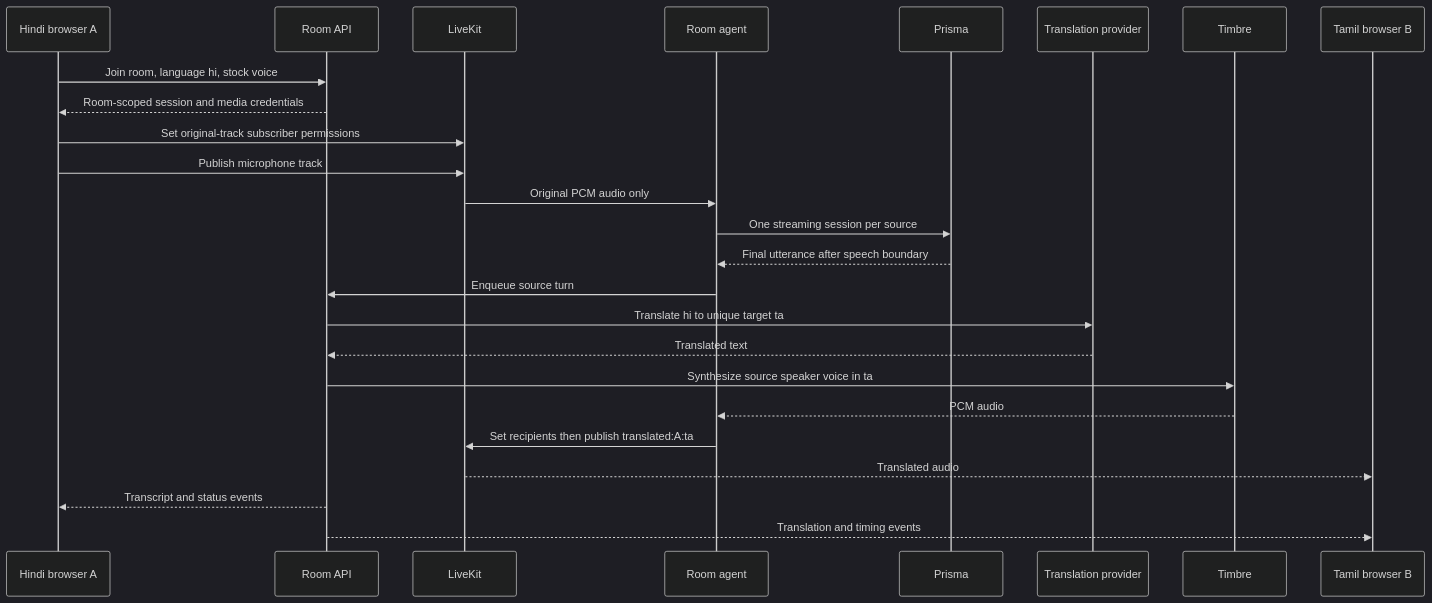
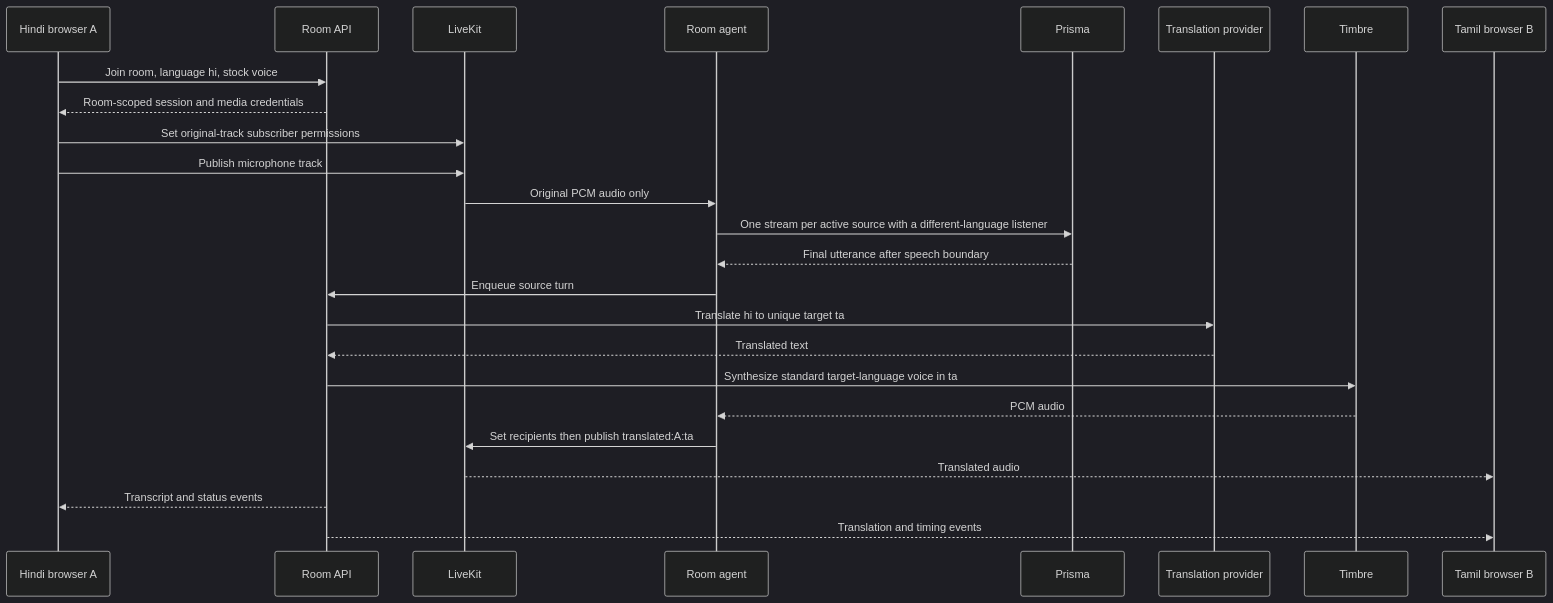
Before and after one commit to Jatin2567/Charcha: the second of 3 diagrams in docs/ARCHITECTURE.md, drawn with Mermaid (dark theme). The commit also changed other lines of this file and 336 other files, not shown here.

````diff
--- a/docs/ARCHITECTURE.md
+++ b/docs/ARCHITECTURE.md
@@ -86,27 +94,27 @@
 ```mermaid
 sequenceDiagram
   participant A as Hindi browser A
   participant API as Room API
   participant LK as LiveKit
   participant Agent as Room agent
   participant STT as Prisma
   participant MT as Translation provider
   participant TTS as Timbre
   participant B as Tamil browser B
   A->>API: Join room, language hi, stock voice
   API-->>A: Room-scoped session and media credentials
   A->>LK: Set original-track subscriber permissions
   A->>LK: Publish microphone track
   LK->>Agent: Original PCM audio only
-  Agent->>STT: One streaming session per source
+  Agent->>STT: One stream per active source with a different-language listener
   STT-->>Agent: Final utterance after speech boundary
   Agent->>API: Enqueue source turn
   API->>MT: Translate hi to unique target ta
   MT-->>API: Translated text
-  API->>TTS: Synthesize source speaker voice in ta
+  API->>TTS: Synthesize standard target-language voice in ta
   TTS-->>Agent: PCM audio
   Agent->>LK: Set recipients then publish translated:A:ta
   LK-->>B: Translated audio
   API-->>A: Transcript and status events
   API-->>B: Translation and timing events
 ```
````
